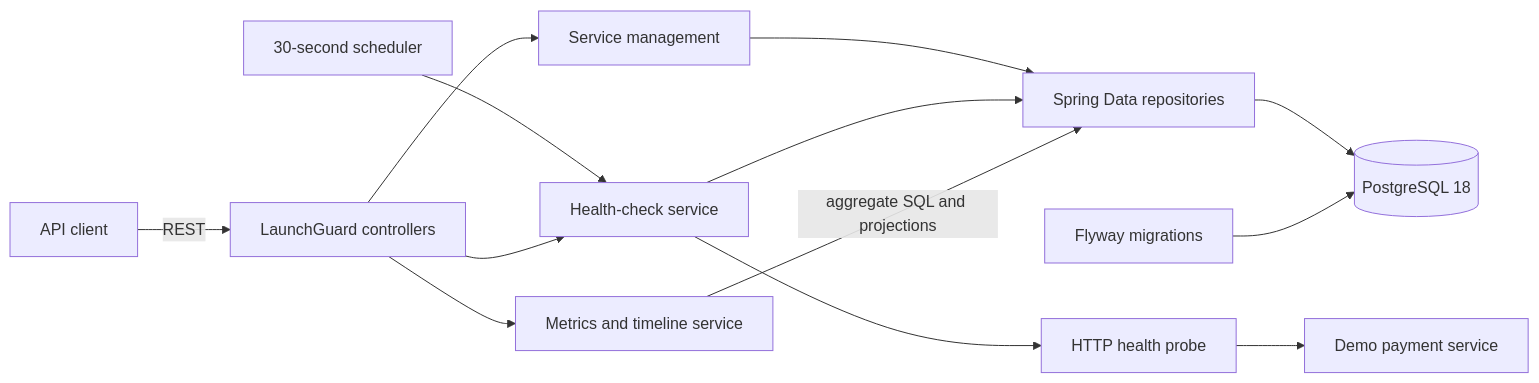
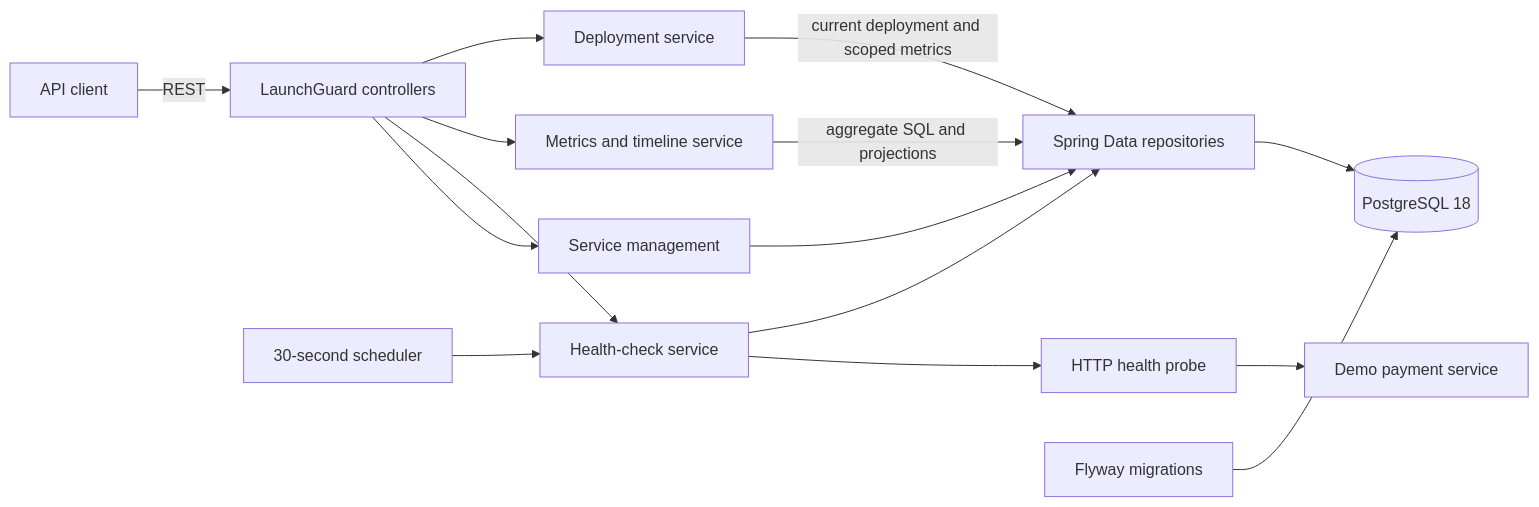
Before and after one commit to doctor277/launchguard: the first of 2 diagrams in README.md, drawn with Mermaid. The commit also changed other lines of this file and 32 other files, not shown here.

````diff
--- a/README.md
+++ b/README.md
@@ -28,15 +37,17 @@
 ```mermaid
 flowchart LR
     Client[API client] -->|REST| API[LaunchGuard controllers]
     Scheduler[30-second scheduler] --> Engine[Health-check service]
     API --> Services[Service management]
     API --> Engine
     API --> Analytics[Metrics and timeline service]
+    API --> Deployments[Deployment service]
     Services --> Repositories[Spring Data repositories]
     Engine --> Probe[HTTP health probe]
     Engine --> Repositories
     Analytics -->|aggregate SQL and projections| Repositories
+    Deployments -->|current deployment and scoped metrics| Repositories
     Probe --> Payment[Demo payment service]
     Repositories --> PostgreSQL[(PostgreSQL 18)]
     Flyway[Flyway migrations] --> PostgreSQL
 ```
````
